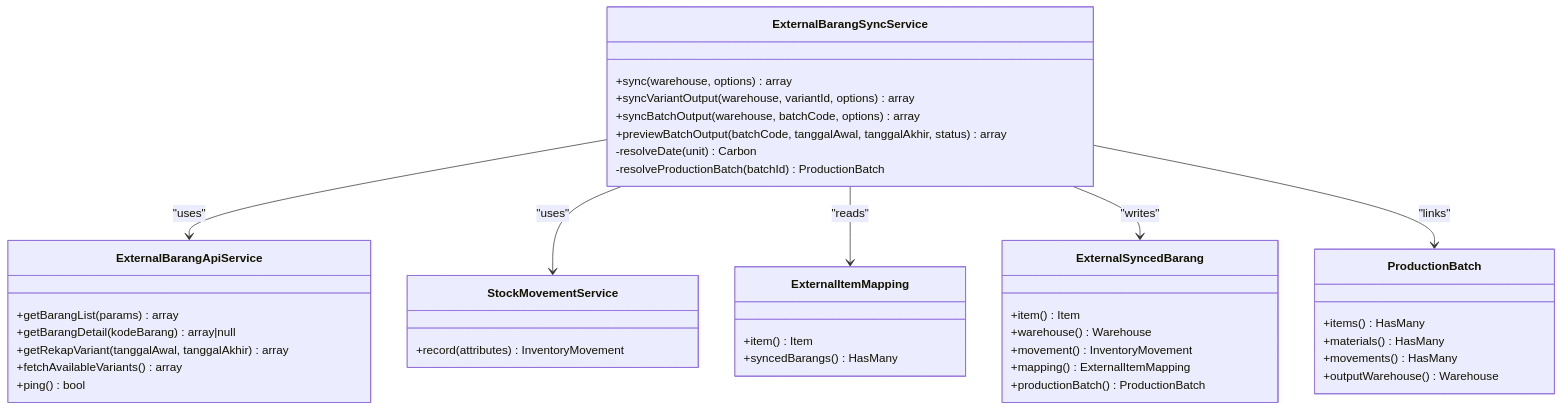
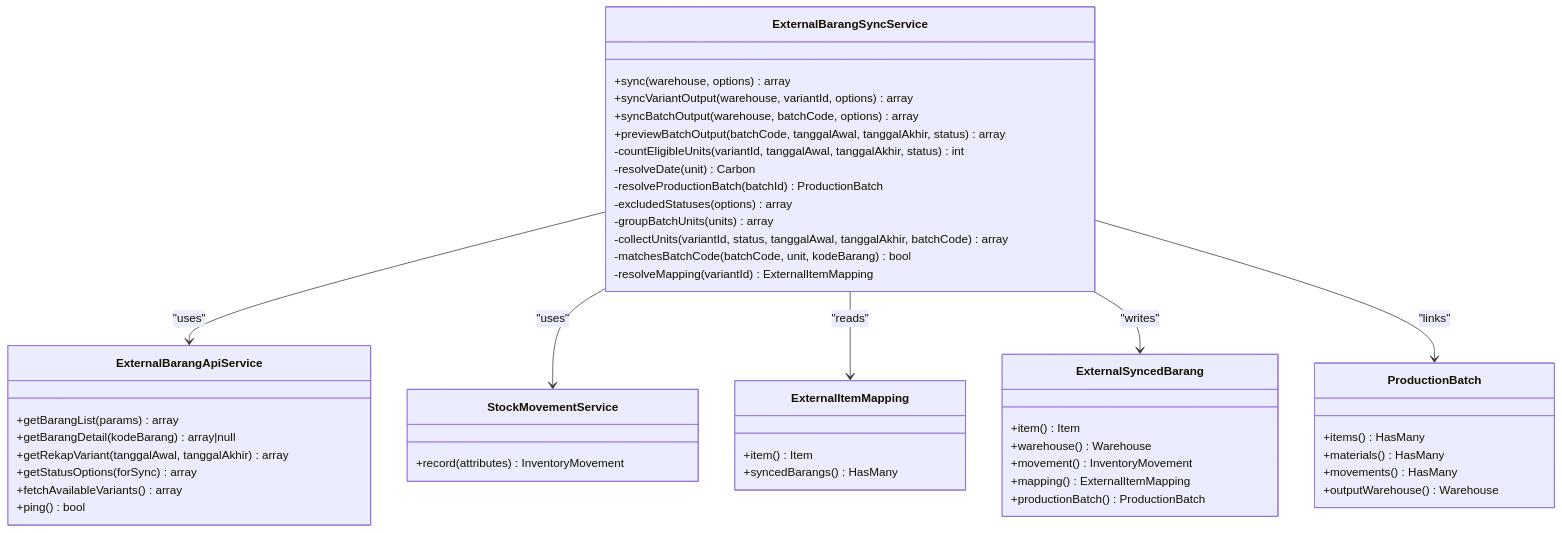
One commit to Dikksap/laravel_RsvHelmet changed the fourth of 4 diagrams in .qoder/repowiki/en/content/Services Layer/External Barang Sync Service.md. Above: the diagram before and after it, drawn with Mermaid. The commit also changed other lines of this file and 52 other files, not shown here.

````diff
--- a/.qoder/repowiki/en/content/Services Layer/External Barang Sync Service.md
+++ b/.qoder/repowiki/en/content/Services Layer/External Barang Sync Service.md
@@ -415,43 +472,50 @@
 ```mermaid
 classDiagram
 class ExternalBarangSyncService {
 +sync(warehouse, options) array
 +syncVariantOutput(warehouse, variantId, options) array
 +syncBatchOutput(warehouse, batchCode, options) array
 +previewBatchOutput(batchCode, tanggalAwal, tanggalAkhir, status) array
+-countEligibleUnits(variantId, tanggalAwal, tanggalAkhir, status) int
 -resolveDate(unit) Carbon
 -resolveProductionBatch(batchId) ProductionBatch
+-excludedStatuses(options) array
+-groupBatchUnits(units) array
+-collectUnits(variantId, status, tanggalAwal, tanggalAkhir, batchCode) array
+-matchesBatchCode(batchCode, unit, kodeBarang) bool
+-resolveMapping(variantId) ExternalItemMapping
 }
 class ExternalBarangApiService {
 +getBarangList(params) array
 +getBarangDetail(kodeBarang) array|null
 +getRekapVariant(tanggalAwal, tanggalAkhir) array
++getStatusOptions(forSync) array
 +fetchAvailableVariants() array
 +ping() bool
 }
 class StockMovementService {
 +record(attributes) InventoryMovement
 }
 class ExternalItemMapping {
 +item() Item
 +syncedBarangs() HasMany
 }
 class ExternalSyncedBarang {
 +item() Item
 +warehouse() Warehouse
 +movement() InventoryMovement
 +mapping() ExternalItemMapping
 +productionBatch() ProductionBatch
 }
 class ProductionBatch {
 +items() HasMany
 +materials() HasMany
 +movements() HasMany
 +outputWarehouse() Warehouse
 }
 ExternalBarangSyncService --> ExternalBarangApiService : "uses"
 ExternalBarangSyncService --> StockMovementService : "uses"
 ExternalBarangSyncService --> ExternalItemMapping : "reads"
 ExternalBarangSyncService --> ExternalSyncedBarang : "writes"
 ExternalBarangSyncService --> ProductionBatch : "links"
 ```
````
